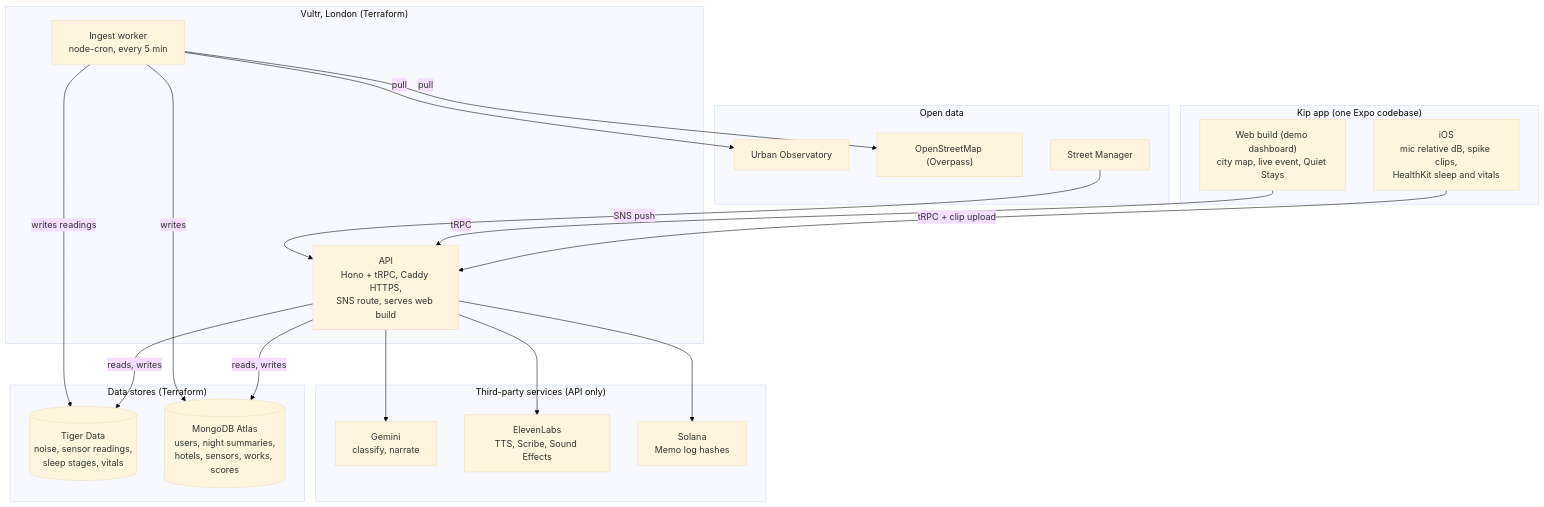
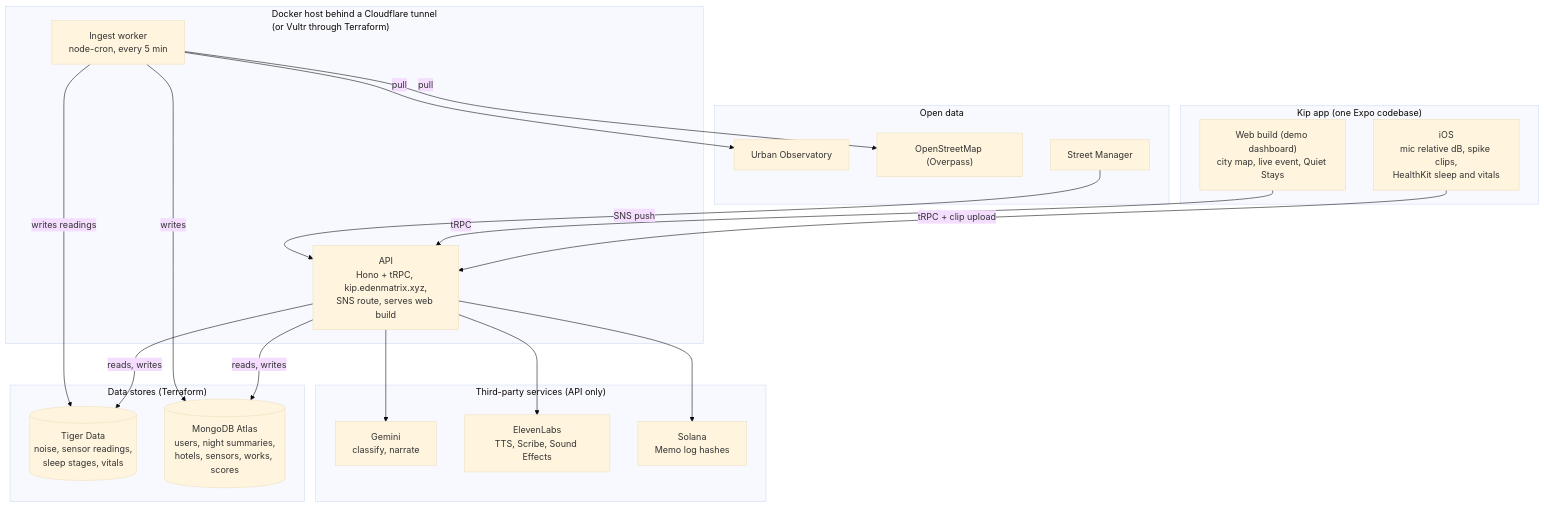
Before and after one commit to ehewes/durhack-proj: the diagram in docs/ARCHITECTURE.md, drawn with Mermaid (base theme). The commit also changed other lines of this file and 2 other files, not shown here.

First line of the commit message:
Document the tunnel deploy as Kip's live hosting

````diff
--- a/docs/ARCHITECTURE.md
+++ b/docs/ARCHITECTURE.md
@@ -12,42 +13,42 @@
 ```mermaid
 flowchart TB
   subgraph clients["Kip app (one Expo codebase)"]
     ios["iOS<br/>mic relative dB, spike clips,<br/>HealthKit sleep and vitals"]
     web["Web build (demo dashboard)<br/>city map, live event, Quiet Stays"]
   end
 
   subgraph open["Open data"]
     obs["Urban Observatory"]
     osm["OpenStreetMap (Overpass)"]
     sm["Street Manager"]
   end
 
-  subgraph vultr["Vultr, London (Terraform)"]
-    api["API<br/>Hono + tRPC, Caddy HTTPS,<br/>SNS route, serves web build"]
+  subgraph server["Docker host behind a Cloudflare tunnel<br/>(or Vultr through Terraform)"]
+    api["API<br/>Hono + tRPC, kip.edenmatrix.xyz,<br/>SNS route, serves web build"]
     worker["Ingest worker<br/>node-cron, every 5 min"]
   end
 
   subgraph ext["Third-party services (API only)"]
     gemini["Gemini<br/>classify, narrate"]
     eleven["ElevenLabs<br/>TTS, Scribe, Sound Effects"]
     solana["Solana<br/>Memo log hashes"]
   end
 
   subgraph stores["Data stores (Terraform)"]
     tiger[("Tiger Data<br/>noise, sensor readings,<br/>sleep stages, vitals")]
     mongo[("MongoDB Atlas<br/>users, night summaries,<br/>hotels, sensors, works, scores")]
   end
 
   ios -- "tRPC + clip upload" --> api
   web -- "tRPC" --> api
   sm -- "SNS push" --> api
   worker -- "pull" --> obs
   worker -- "pull" --> osm
   api --> gemini
   api --> eleven
   api --> solana
   api -- "reads, writes" --> tiger
   api -- "reads, writes" --> mongo
   worker -- "writes readings" --> tiger
   worker -- "writes" --> mongo
 ```
````
